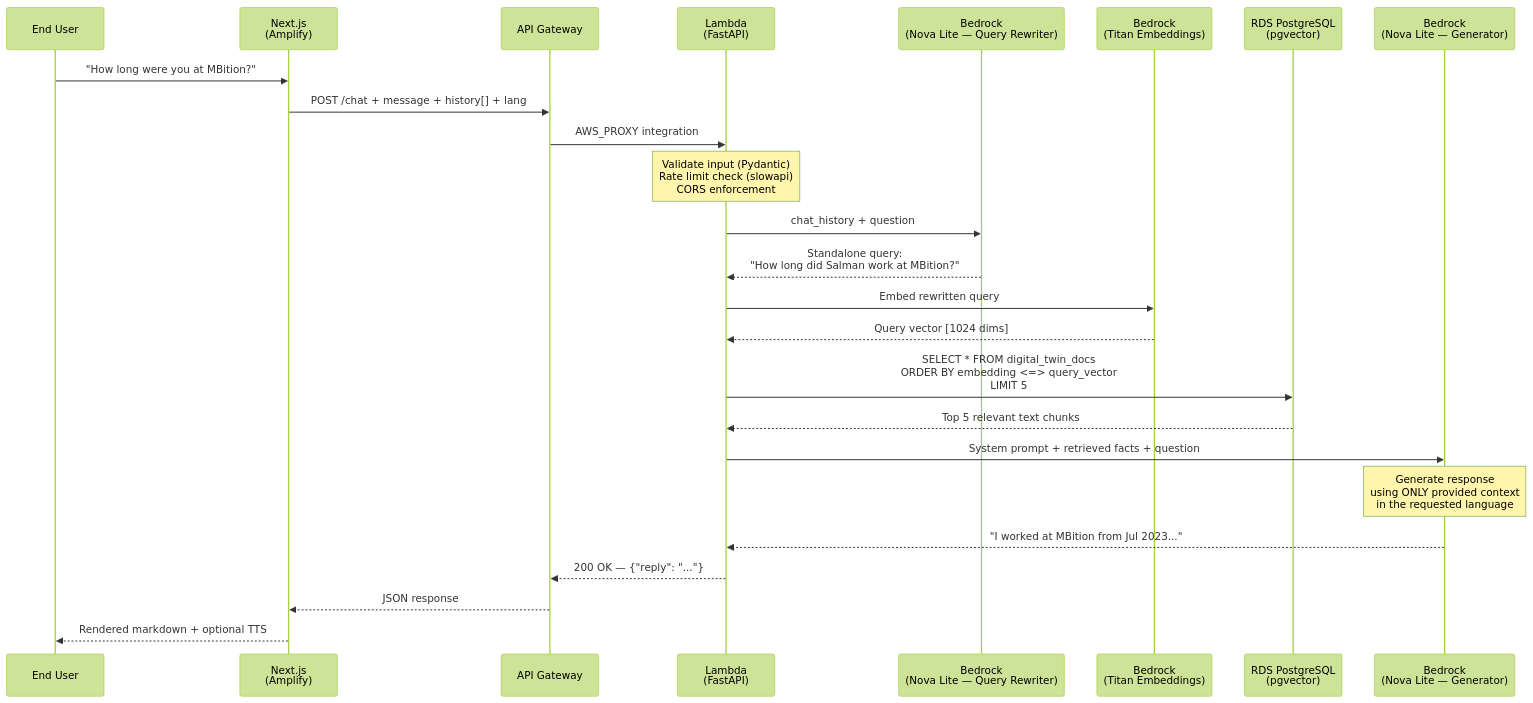
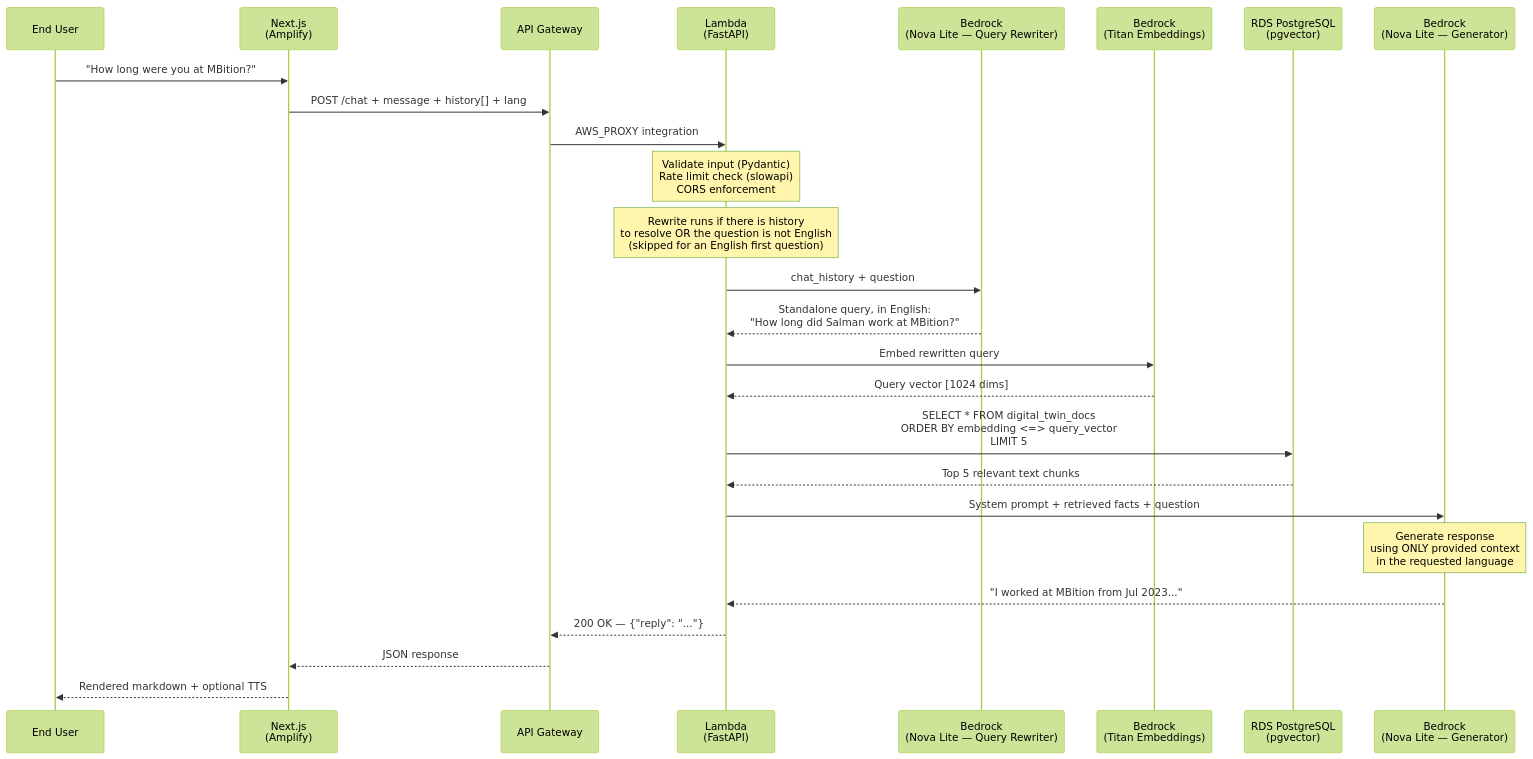
Before and after one commit to msalmansaeedch786/digital-twin: the second of 2 diagrams in README.md, drawn with Mermaid (forest theme). The commit also changed other lines of this file, not shown here.

````diff
--- a/README.md
+++ b/README.md
@@ -95,34 +95,36 @@
 ```mermaid
 sequenceDiagram
     participant User as End User
     participant FE as Next.js<br/>(Amplify)
     participant GW as API Gateway
     participant LB as Lambda<br/>(FastAPI)
     participant LLM1 as Bedrock<br/>(Nova Lite — Query Rewriter)
     participant EMB as Bedrock<br/>(Titan Embeddings)
     participant DB as RDS PostgreSQL<br/>(pgvector)
     participant LLM2 as Bedrock<br/>(Nova Lite — Generator)
 
     User->>FE: "How long were you at MBition?"
     FE->>GW: POST /chat + message + history[] + lang
     GW->>LB: AWS_PROXY integration
 
     Note over LB: Validate input (Pydantic)<br/>Rate limit check (slowapi)<br/>CORS enforcement
 
+    Note over LB: Rewrite runs if there is history<br/>to resolve OR the question is not English<br/>(skipped for an English first question)
+
     LB->>LLM1: chat_history + question
-    LLM1-->>LB: Standalone query:<br/>"How long did Salman work at MBition?"
+    LLM1-->>LB: Standalone query, in English:<br/>"How long did Salman work at MBition?"
 
     LB->>EMB: Embed rewritten query
     EMB-->>LB: Query vector [1024 dims]
 
     LB->>DB: SELECT * FROM digital_twin_docs<br/>ORDER BY embedding <=> query_vector<br/>LIMIT 5
     DB-->>LB: Top 5 relevant text chunks
 
     LB->>LLM2: System prompt + retrieved facts + question
     Note over LLM2: Generate response<br/>using ONLY provided context<br/>in the requested language
 
     LLM2-->>LB: "I worked at MBition from Jul 2023..."
     LB-->>GW: 200 OK — {"reply": "..."}
     GW-->>FE: JSON response
     FE-->>User: Rendered markdown + optional TTS
 ```
````
